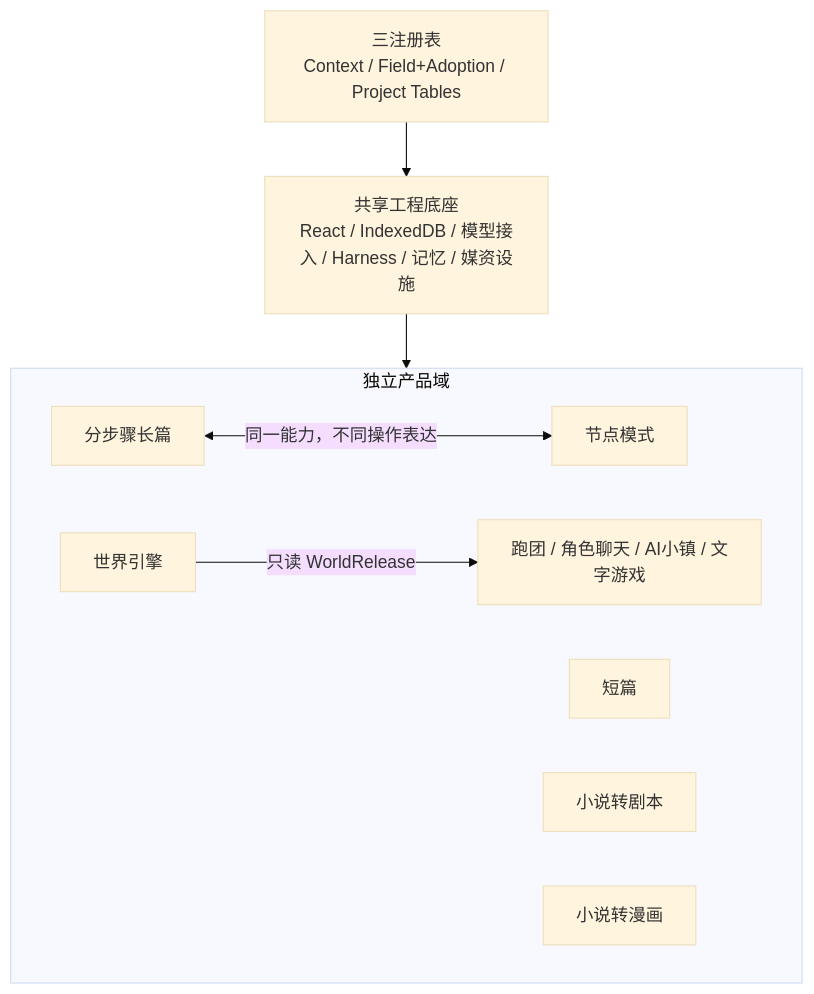
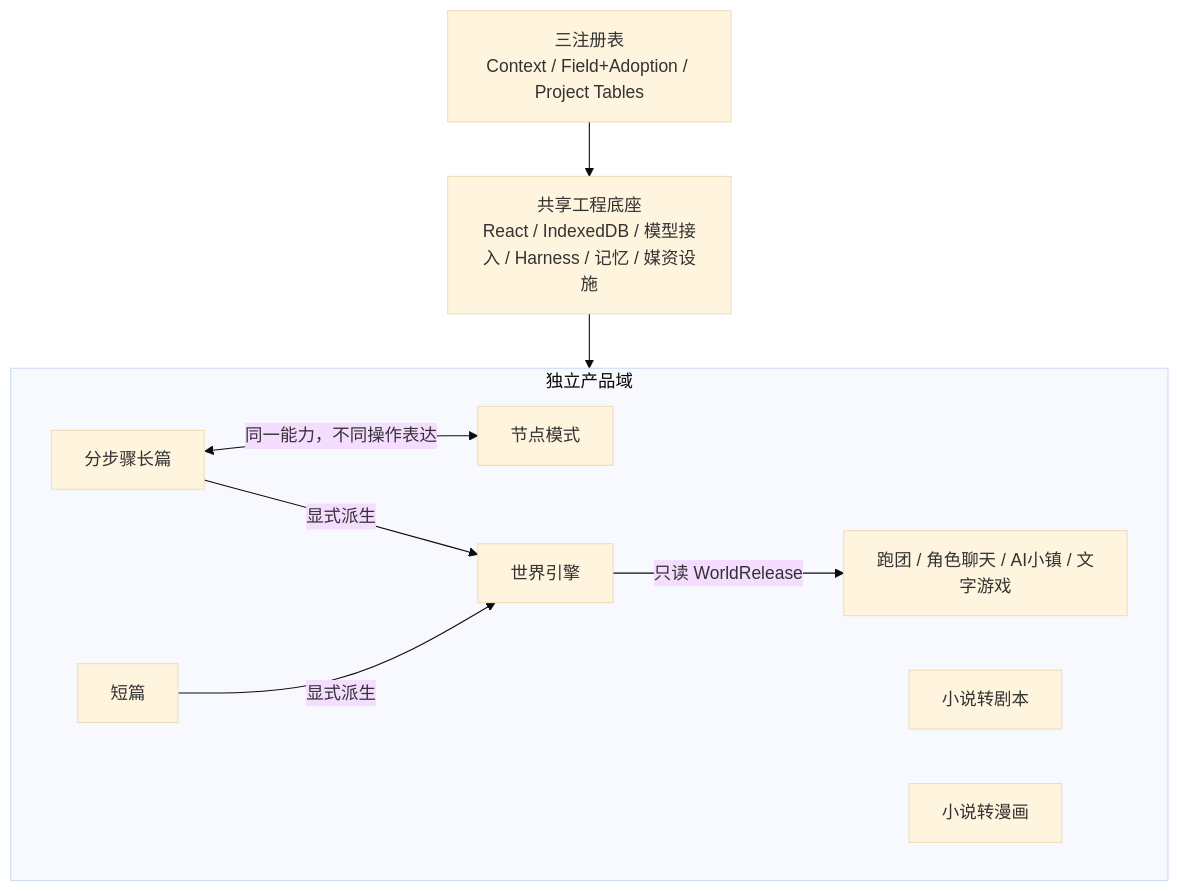
Before and after one commit to yuanbw2025/storyforge: the first of 2 diagrams in docs/ARCHITECTURE.md, drawn with Mermaid (base theme). The commit also changed other lines of this file and 16 other files, not shown here.

````diff
--- a/docs/ARCHITECTURE.md
+++ b/docs/ARCHITECTURE.md
@@ -21,18 +21,20 @@
 ```mermaid
 flowchart TB
   subgraph P["独立产品域"]
     L["分步骤长篇"]
     N["节点模式"]
     S["短篇"]
     A["小说转剧本"]
     C["小说转漫画"]
     W["世界引擎"]
     U["跑团 / 角色聊天 / AI小镇 / 文字游戏"]
   end
   B["共享工程底座\nReact / IndexedDB / 模型接入 / Harness / 记忆 / 媒资设施"]
   R["三注册表\nContext / Field+Adoption / Project Tables"]
   L <-->|"同一能力，不同操作表达"| N
+  L -->|"显式派生"| W
+  S -->|"显式派生"| W
   W -->|"只读 WorldRelease"| U
   B --> P
   R --> B
 ```
````
